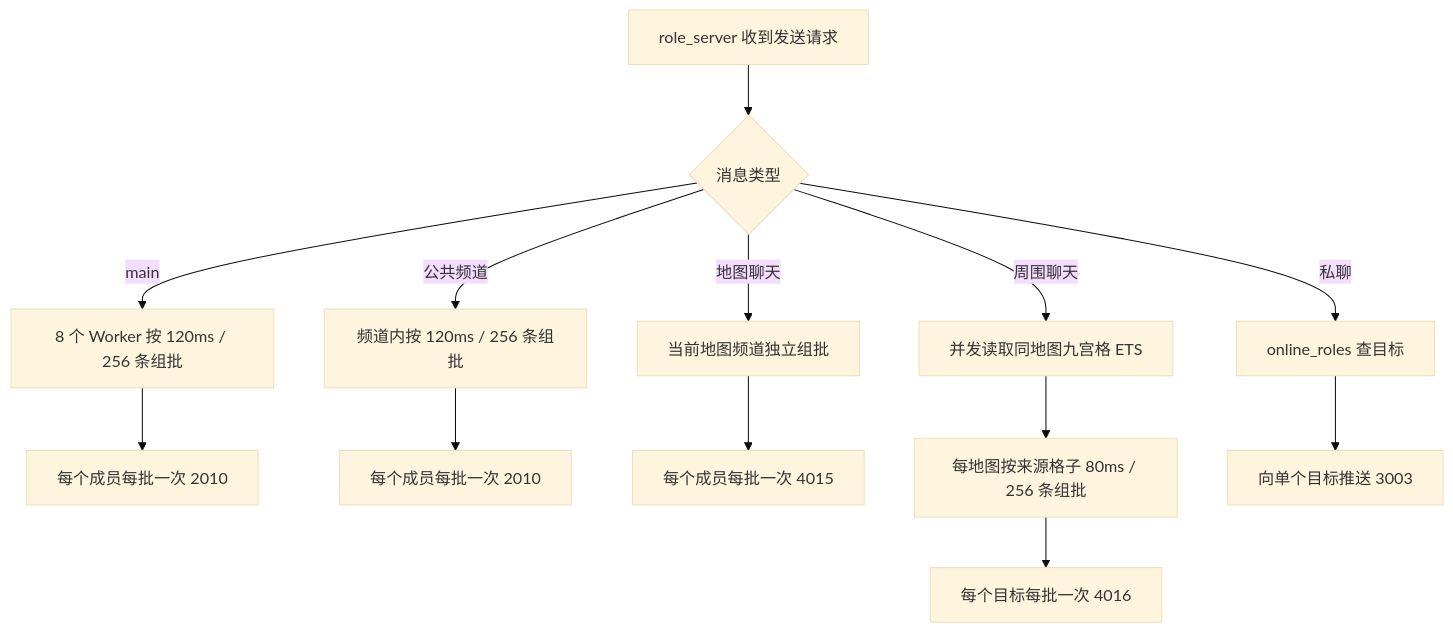
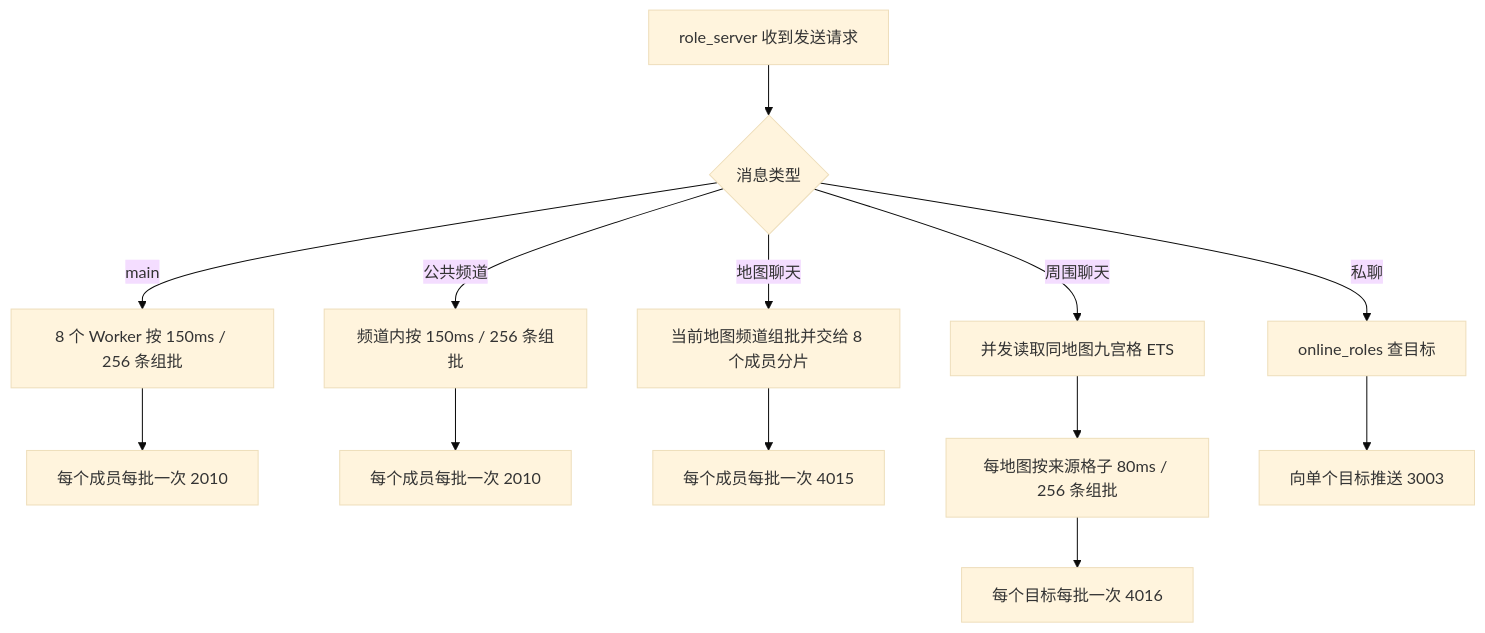
One commit to chrison18/erlang-game-chat-server changed the fifth of 6 diagrams in docs/Chat V1.3 设计文档.md. Above: the diagram before and after it, drawn with Mermaid (base theme). The commit also changed other lines of this file and 21 other files, not shown here.

First line of the commit message:
feat(v1.3): 完成多地图聊天与万客户端容量改造

````diff
--- a/docs/Chat V1.3 设计文档.md
+++ b/docs/Chat V1.3 设计文档.md
@@ -157,15 +165,15 @@
 ```mermaid
 flowchart TD
     Send[role_server 收到发送请求] --> Kind{消息类型}
-    Kind -->|main| World[8 个 Worker 按 120ms / 256 条组批]
+    Kind -->|main| World[8 个 Worker 按 150ms / 256 条组批]
     World --> WorldPush[每个成员每批一次 2010]
-    Kind -->|公共频道| Public[频道内按 120ms / 256 条组批]
+    Kind -->|公共频道| Public[频道内按 150ms / 256 条组批]
     Public --> PublicPush[每个成员每批一次 2010]
-    Kind -->|地图聊天| MapChannel[当前地图频道独立组批]
+    Kind -->|地图聊天| MapChannel[当前地图频道组批并交给 8 个成员分片]
     MapChannel --> MapPush[每个成员每批一次 4015]
     Kind -->|周围聊天| Nearby[并发读取同地图九宫格 ETS]
     Nearby --> NearbyWorker[每地图按来源格子 80ms / 256 条组批]
     NearbyWorker --> NearbyPush[每个目标每批一次 4016]
     Kind -->|私聊| Private[online_roles 查目标]
     Private --> PrivatePush[向单个目标推送 3003]
 ```
````
